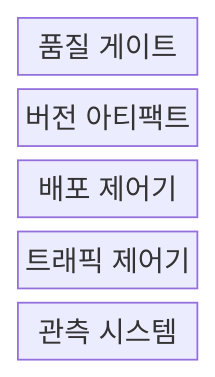
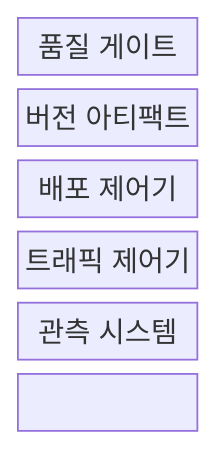
Before and after one commit to agnusdei1207/knowledge-base: the first of 2 diagrams in src/content/docs/notes/03-software/054_continuous_deployment.md, drawn with Mermaid. The commit also changed other lines of this file and 238 other files, not shown here.

````diff
--- a/src/content/docs/notes/03-software/054_continuous_deployment.md
+++ b/src/content/docs/notes/03-software/054_continuous_deployment.md
@@ -57,9 +57,11 @@
 ```mermaid
-block
+block-beta
   columns 1
   Q["품질 게이트"]
   A["버전 아티팩트"]
   D["배포 제어기"]
   T["트래픽 제어기"]
   O["관측 시스템"]
+  Q --- A --- D
+  D --- T --- O
 ```
````
